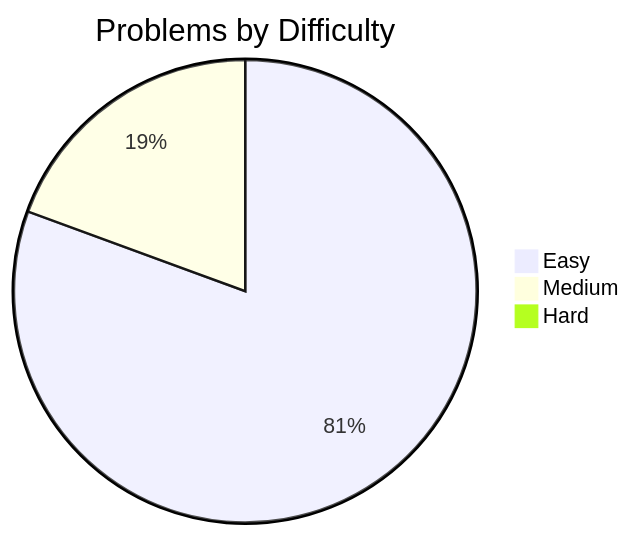
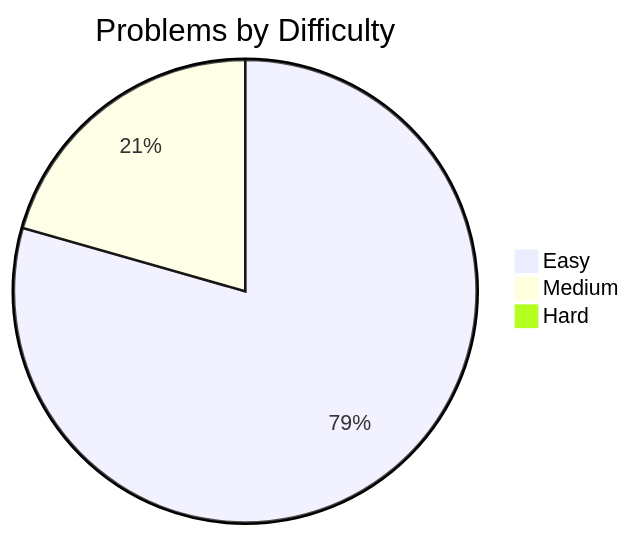
Before and after one commit to davelin18yufan/leetcode-journal: the diagram in README.md, drawn with Mermaid. The commit also changed other lines of this file and 6 other files, not shown here.

````diff
--- a/README.md
+++ b/README.md
@@ -7,7 +7,7 @@
 ```mermaid
 pie
     title Problems by Difficulty
     "Easy" : 54
-    "Medium" : 13
+    "Medium" : 14
     "Hard" : 0
 ```
````
